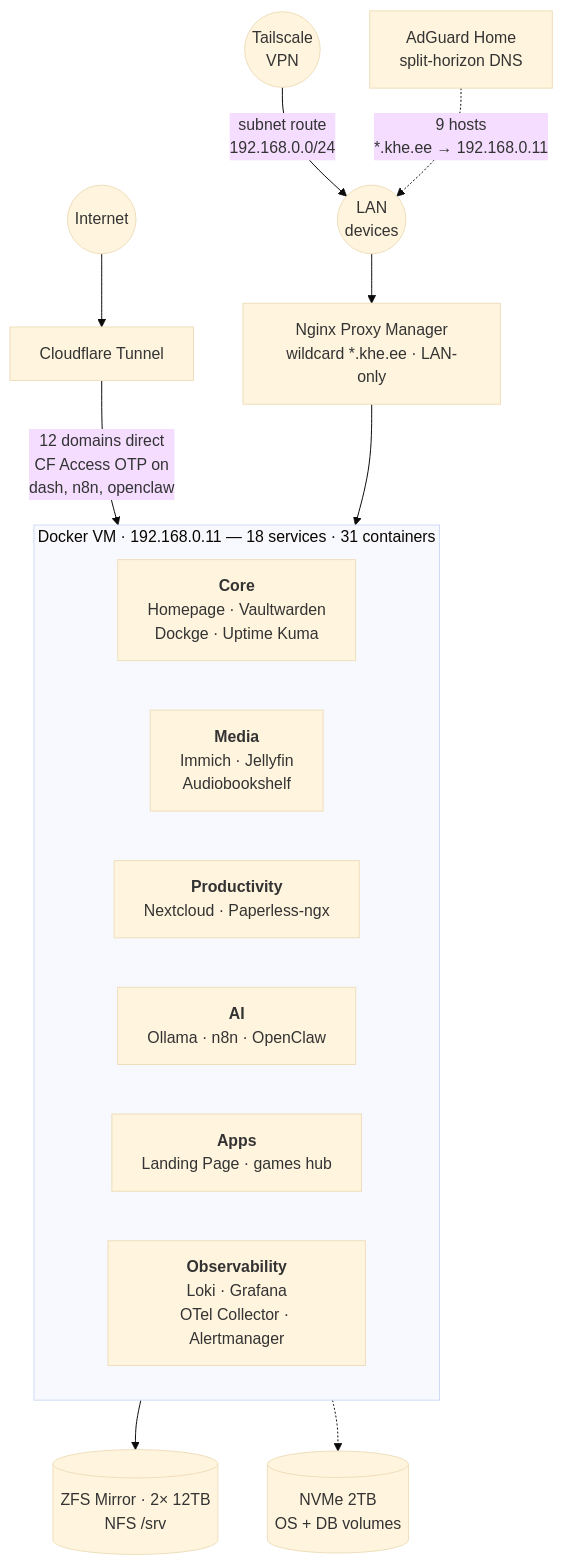
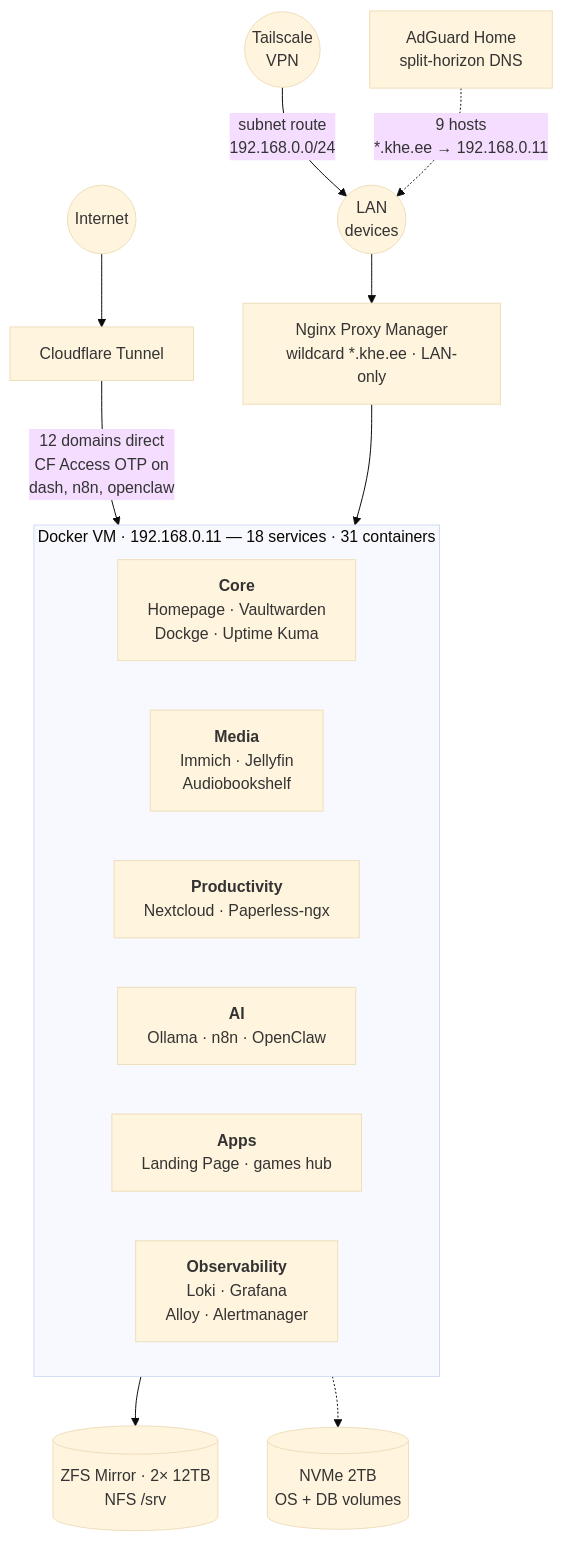
Before and after one commit to khelias/khe-homelab: the diagram in README.md, drawn with Mermaid (base theme). The commit also changed other lines of this file and 12 other files, not shown here.

````diff
--- a/README.md
+++ b/README.md
@@ -7,27 +7,27 @@
 ```mermaid
 graph TB
     Internet((Internet))
     VPN((Tailscale<br/>VPN))
     LAN((LAN<br/>devices))
 
     Internet --> CF[Cloudflare Tunnel]
     VPN -->|subnet route<br/>192.168.0.0/24| LAN
     AG[AdGuard Home<br/>split-horizon DNS] -.->|9 hosts<br/>*.khe.ee → 192.168.0.11| LAN
     LAN --> NPM[Nginx Proxy Manager<br/>wildcard *.khe.ee · LAN-only]
 
     CF -->|12 domains direct<br/>CF Access OTP on<br/>dash, n8n, openclaw| DVM
     NPM --> DVM
 
     subgraph DVM[Docker VM · 192.168.0.11 — 18 services · 31 containers]
         direction LR
         Core["<b>Core</b><br/>Homepage · Vaultwarden<br/>Dockge · Uptime Kuma"]
         Media["<b>Media</b><br/>Immich · Jellyfin<br/>Audiobookshelf"]
         Prod["<b>Productivity</b><br/>Nextcloud · Paperless-ngx"]
         AI["<b>AI</b><br/>Ollama · n8n · OpenClaw"]
         Apps["<b>Apps</b><br/>Landing Page · games hub"]
-        Obs["<b>Observability</b><br/>Loki · Grafana<br/>OTel Collector · Alertmanager"]
+        Obs["<b>Observability</b><br/>Loki · Grafana<br/>Alloy · Alertmanager"]
     end
 
     DVM --> HDD[(ZFS Mirror · 2× 12TB<br/>NFS /srv)]
     DVM -.-> NVMe[(NVMe 2TB<br/>OS + DB volumes)]
 ```
````
